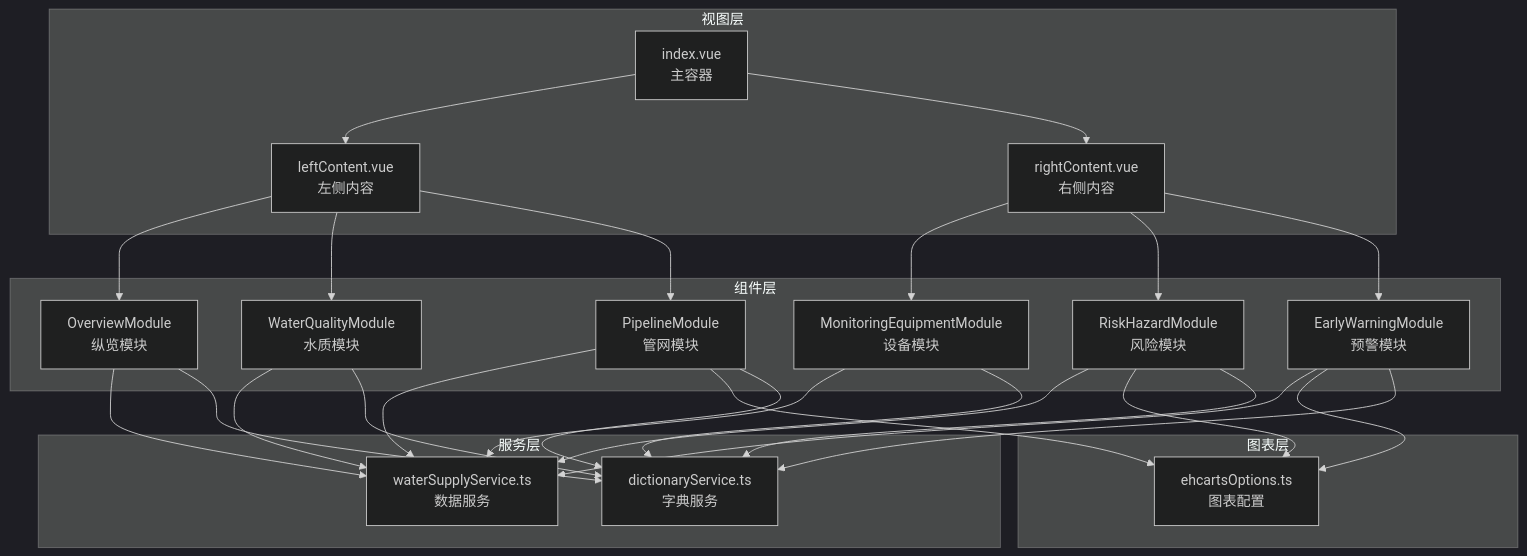
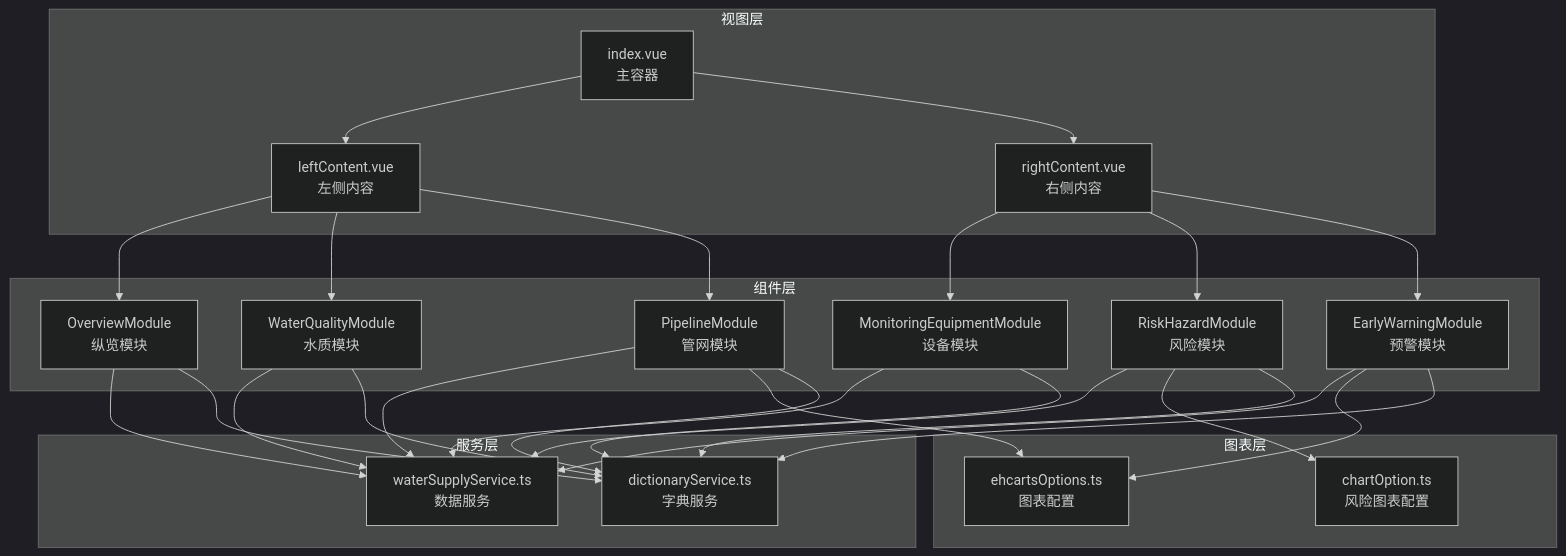
Before and after one commit to zhibo1997/government-dashboard: the first of 21 diagrams in .qoder/repowiki/zh/content/专项监测模块/供水监测模块/供水监测模块.md, drawn with Mermaid (dark theme). The commit also changed other lines of this file and 28 other files, not shown here.

````diff
--- a/.qoder/repowiki/zh/content/专项监测模块/供水监测模块/供水监测模块.md
+++ b/.qoder/repowiki/zh/content/专项监测模块/供水监测模块/供水监测模块.md
@@ -50,46 +57,47 @@
 ```mermaid
 graph TB
 subgraph "视图层"
 A[index.vue<br/>主容器]
 B[leftContent.vue<br/>左侧内容]
 C[rightContent.vue<br/>右侧内容]
 end
 subgraph "组件层"
 D[OverviewModule<br/>纵览模块]
 E[WaterQualityModule<br/>水质模块]
 F[PipelineModule<br/>管网模块]
 G[MonitoringEquipmentModule<br/>设备模块]
 H[RiskHazardModule<br/>风险模块]
 I[EarlyWarningModule<br/>预警模块]
 end
 subgraph "服务层"
 J[waterSupplyService.ts<br/>数据服务]
 K[dictionaryService.ts<br/>字典服务]
 end
 subgraph "图表层"
 L[ehcartsOptions.ts<br/>图表配置]
+M[chartOption.ts<br/>风险图表配置]
 end
 A --> B
 A --> C
 B --> D
 B --> E
 B --> F
 C --> G
 C --> H
 C --> I
 D --> J
 E --> J
 F --> J
 G --> J
 H --> J
 I --> J
 F --> L
-H --> L
+H --> M
 I --> L
 D --> K
 E --> K
 F --> K
 G --> K
 H --> K
 I --> K
 ```
````
